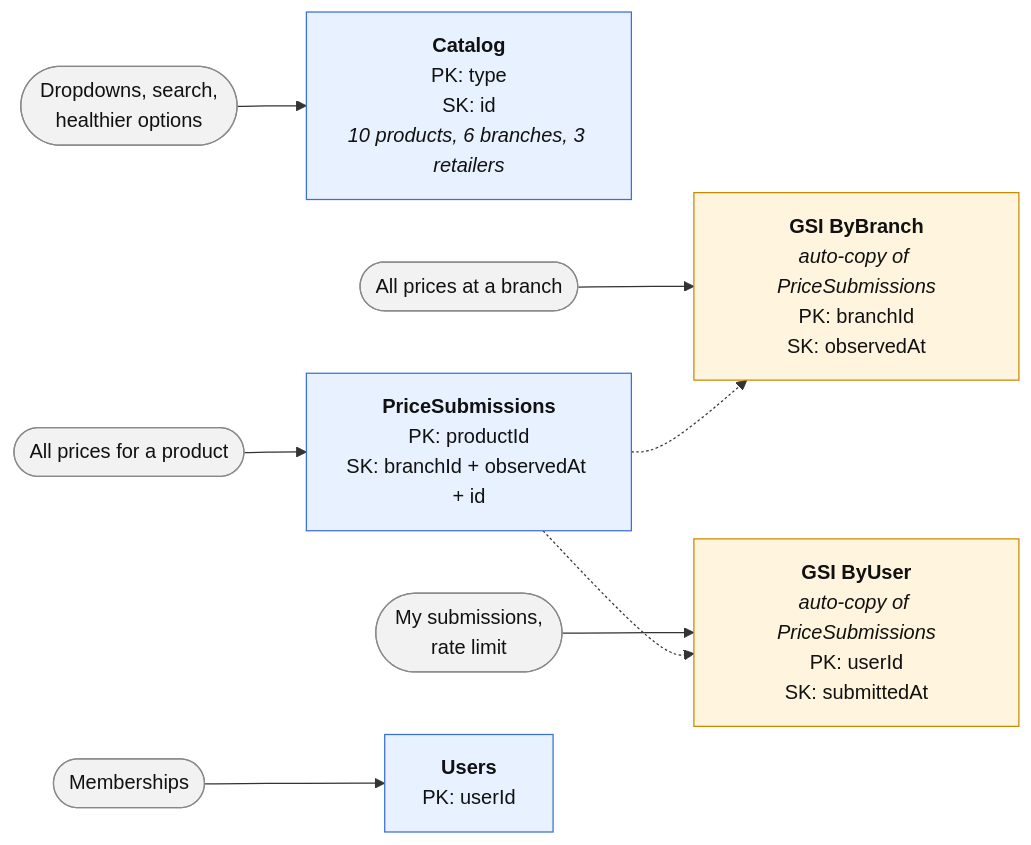
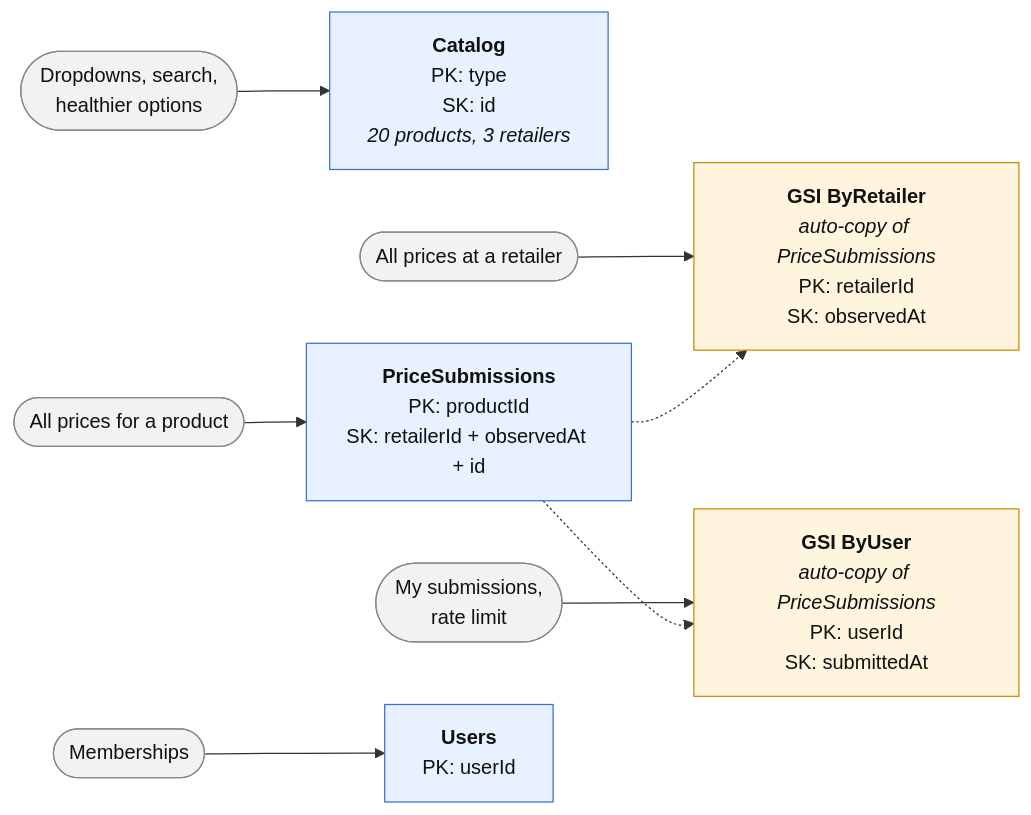
Before and after one commit to Gareth2-YS/TrolleySaver: the second of 2 diagrams in docs/architecture/database-design.md, drawn with Mermaid. The commit also changed other lines of this file, not shown here.

````diff
--- a/docs/architecture/database-design.md
+++ b/docs/architecture/database-design.md
@@ -73,24 +63,24 @@
 ```mermaid
 flowchart LR
     Q4(["Dropdowns, search,<br/>healthier options"]) --> CAT
     Q1(["All prices for a product"]) --> PS
-    Q2(["All prices at a branch"]) --> G1
+    Q2(["All prices at a retailer"]) --> G1
     Q3(["My submissions,<br/>rate limit"]) --> G2
     Q5(["Memberships"]) --> US
 
-    CAT["<b>Catalog</b><br/>PK: type<br/>SK: id<br/><i>10 products, 6 branches, 3 retailers</i>"]
-    PS["<b>PriceSubmissions</b><br/>PK: productId<br/>SK: branchId + observedAt + id"]
-    G1["<b>GSI ByBranch</b><br/><i>auto-copy of PriceSubmissions</i><br/>PK: branchId<br/>SK: observedAt"]
+    CAT["<b>Catalog</b><br/>PK: type<br/>SK: id<br/><i>20 products, 3 retailers</i>"]
+    PS["<b>PriceSubmissions</b><br/>PK: productId<br/>SK: retailerId + observedAt + id"]
+    G1["<b>GSI ByRetailer</b><br/><i>auto-copy of PriceSubmissions</i><br/>PK: retailerId<br/>SK: observedAt"]
     G2["<b>GSI ByUser</b><br/><i>auto-copy of PriceSubmissions</i><br/>PK: userId<br/>SK: submittedAt"]
     US["<b>Users</b><br/>PK: userId"]
 
     PS -.-> G1
     PS -.-> G2
 
     classDef table fill:#e8f1ff,stroke:#3b6fd8,color:#111
     classDef index fill:#fff4dd,stroke:#c98a00,color:#111
     classDef query fill:#f2f2f2,stroke:#888,color:#111
     class CAT,PS,US table
     class G1,G2 index
     class Q1,Q2,Q3,Q4,Q5 query
 ```
````
